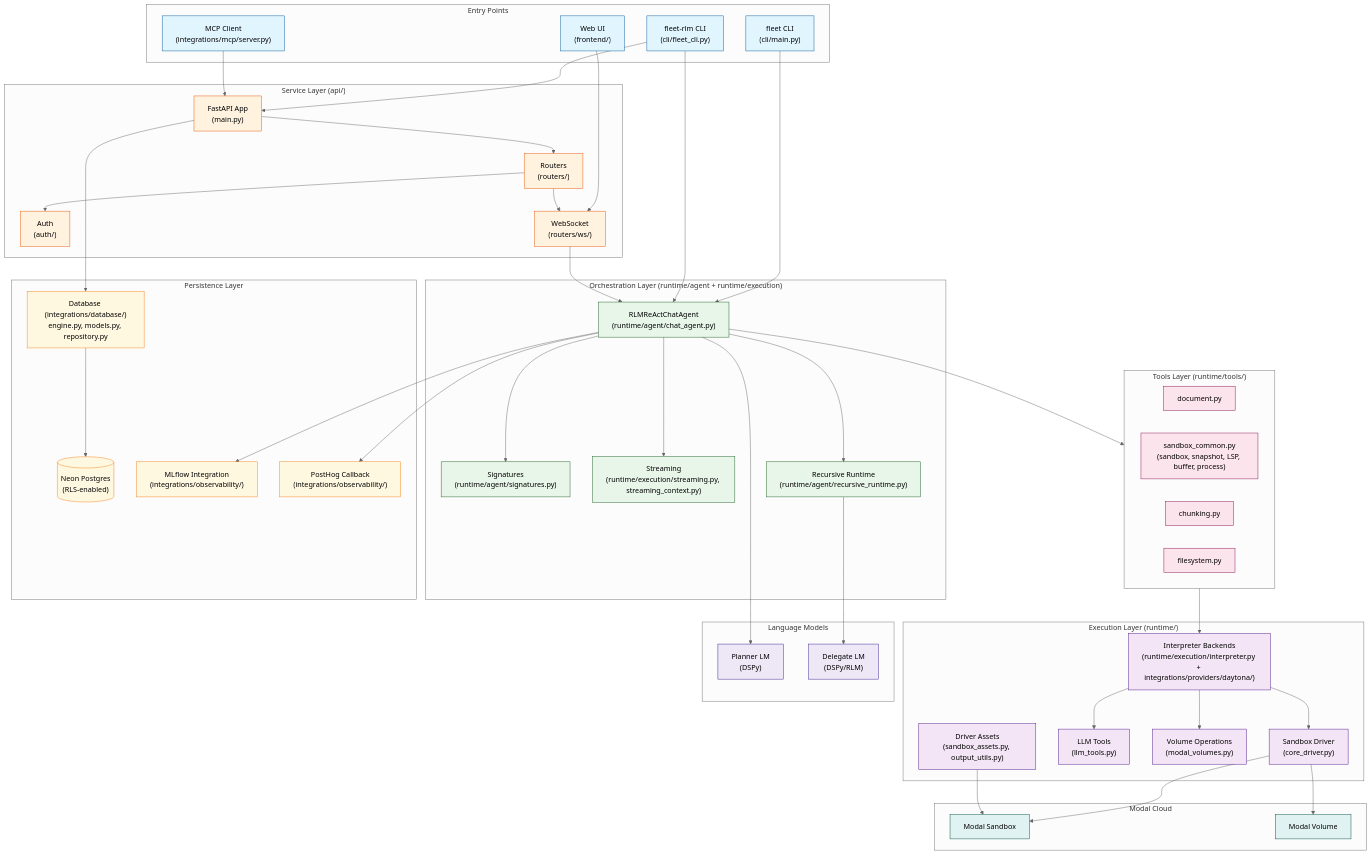
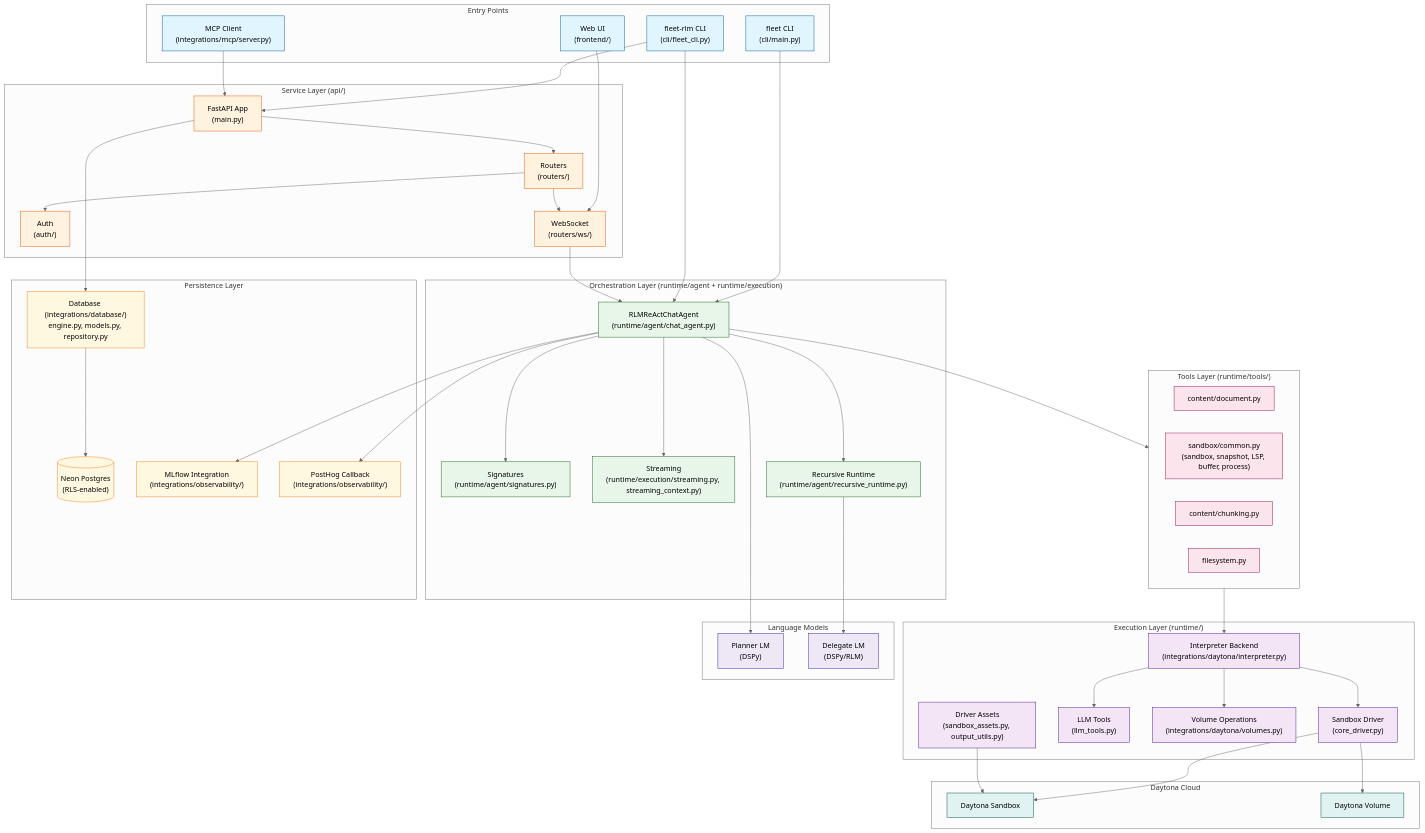
One commit to Qredence/fleet-rlm changed the first of 6 diagrams in docs/architecture.md. Above: the diagram before and after it, drawn with Mermaid (neutral theme). The commit also changed other lines of this file and 402 other files, not shown here.

```diff
--- a/docs/architecture.md
+++ b/docs/architecture.md
@@ -57,23 +53,23 @@
     end
 
     subgraph TOOLS["Tools Layer (runtime/tools/)"]
-        TOOL_DOCUMENT["document.py"]
-        TOOL_SANDBOX["sandbox_common.py<br/>(sandbox, snapshot, LSP, buffer, process)"]
-        TOOL_CHUNKING["chunking.py"]
+        TOOL_DOCUMENT["content/document.py"]
+        TOOL_SANDBOX["sandbox/common.py<br/>(sandbox, snapshot, LSP, buffer, process)"]
+        TOOL_CHUNKING["content/chunking.py"]
         TOOL_FILESYSTEM["filesystem.py"]
     end
 
     subgraph EXECUTION["Execution Layer (runtime/)"]
-        INTERPRETER["Interpreter Backends<br/>(runtime/execution/interpreter.py + integrations/providers/daytona/)"]
+        INTERPRETER["Interpreter Backend<br/>(integrations/daytona/interpreter.py)"]
         DRIVER["Sandbox Driver<br/>(core_driver.py)"]
         LLM_TOOLS["LLM Tools<br/>(llm_tools.py)"]
-        VOLUME_OPS["Volume Operations<br/>(modal_volumes.py)"]
+        VOLUME_OPS["Volume Operations<br/>(integrations/daytona/volumes.py)"]
         DRIVER_ASSETS["Driver Assets<br/>(sandbox_assets.py, output_utils.py)"]
     end
 
-    subgraph MODAL["Modal Cloud"]
-        SANDBOX["Modal Sandbox"]
-        VOLUME["Modal Volume"]
+    subgraph DAYTONA["Daytona Cloud"]
+        SANDBOX["Daytona Sandbox"]
+        VOLUME["Daytona Volume"]
     end
 
     subgraph PERSISTENCE["Persistence Layer"]
```
